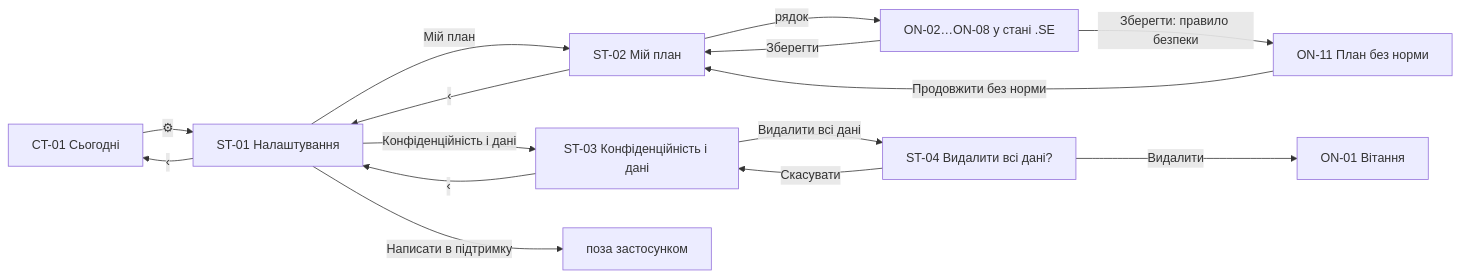
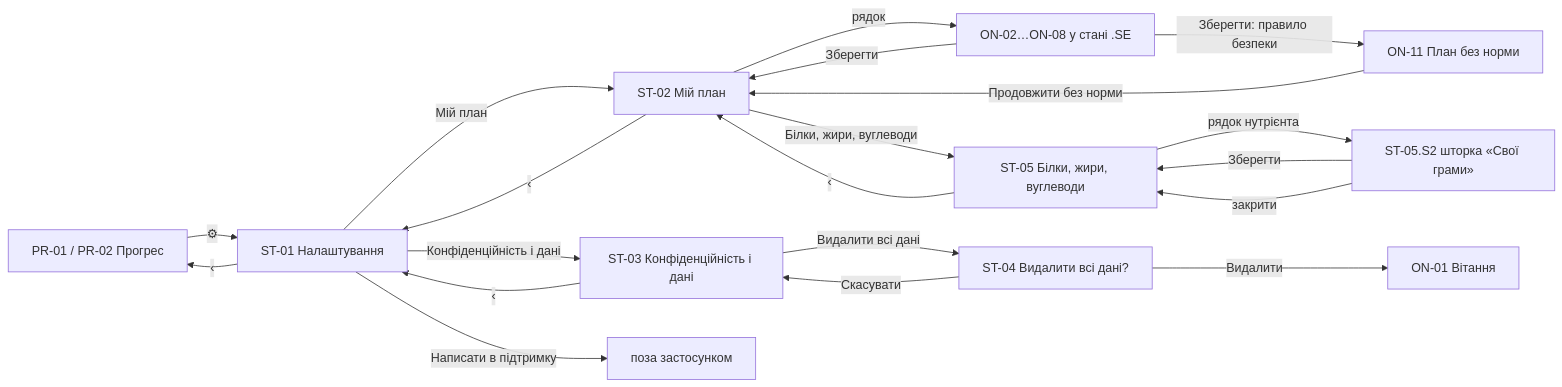
Before and after one commit to anton-pokhodun/calories: the diagram in docs/uk/product/settings.md, drawn with Mermaid. The commit also changed other lines of this file and 39 other files, not shown here.

````diff
--- a/docs/uk/product/settings.md
+++ b/docs/uk/product/settings.md
@@ -33,17 +35,22 @@
 ```mermaid
 flowchart LR
-  CT01[CT-01 Сьогодні] -->|⚙| ST01[ST-01 Налаштування]
+  PR01[PR-01 / PR-02 Прогрес] -->|⚙| ST01[ST-01 Налаштування]
   ST01 -->|Мій план| ST02[ST-02 Мій план]
   ST01 -->|Конфіденційність і дані| ST03[ST-03 Конфіденційність і дані]
   ST01 -->|Написати в підтримку| EXT[поза застосунком]
-  ST01 -->|‹| CT01
+  ST01 -->|‹| PR01
   ST02 -->|рядок| SE[ON-02…ON-08 у стані .SE]
   SE -->|Зберегти| ST02
   SE -->|Зберегти: правило безпеки| ON11[ON-11 План без норми]
   ON11 -->|Продовжити без норми| ST02
   ST02 -->|‹| ST01
+  ST02 -->|Білки, жири, вуглеводи| ST05[ST-05 Білки, жири, вуглеводи]
+  ST05 -->|рядок нутрієнта| ST05E[ST-05.S2 шторка «Свої грами»]
+  ST05E -->|Зберегти| ST05
+  ST05E -->|закрити| ST05
+  ST05 -->|‹| ST02
   ST03 -->|Видалити всі дані| ST04[ST-04 Видалити всі дані?]
   ST04 -->|Скасувати| ST03
   ST04 -->|Видалити| ON01[ON-01 Вітання]
   ST03 -->|‹| ST01
 ```
````
